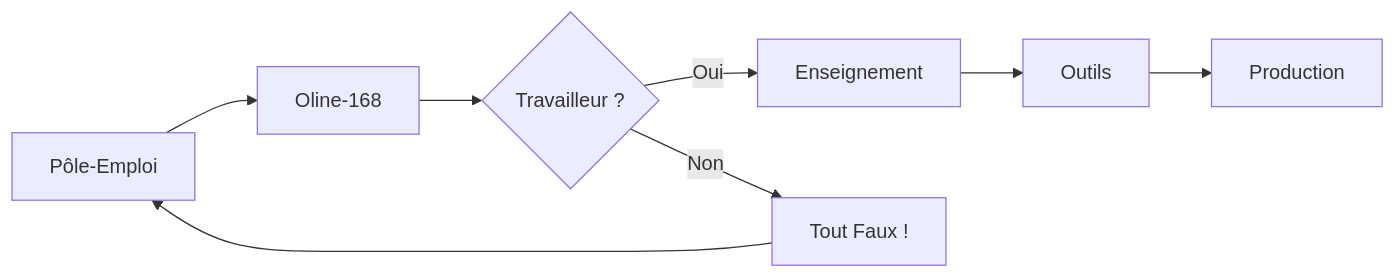
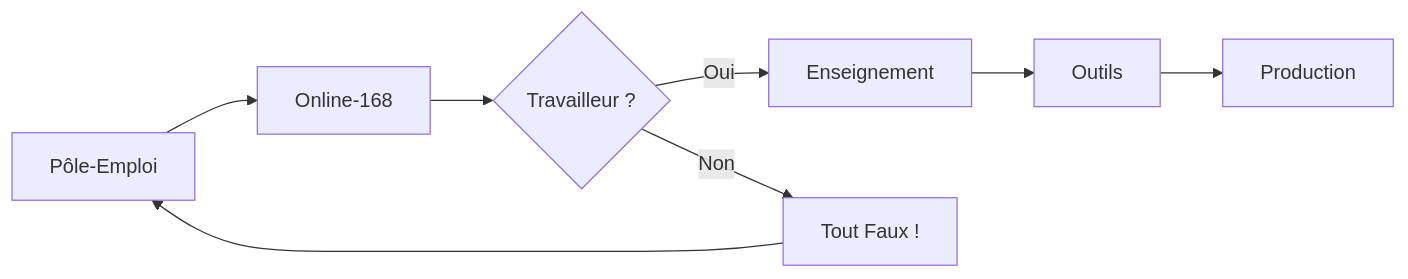
Before and after one commit to slambert-dev/online-168: the diagram in README.md, drawn with Mermaid.

````diff
--- a/README.md
+++ b/README.md
@@ -20,8 +20,8 @@
 ```mermaid
 flowchart LR
-P-E[Pôle-Emploi]-->Oline-168
+P-E[Pôle-Emploi]-->Online-168
 --> Quality{Travailleur ?}-->|Oui| Tutos[Enseignement]
 Tutos-->Outils-->Production
 Quality-->|Non| F[Tout Faux !]
 F--->P-E
 ```
````
